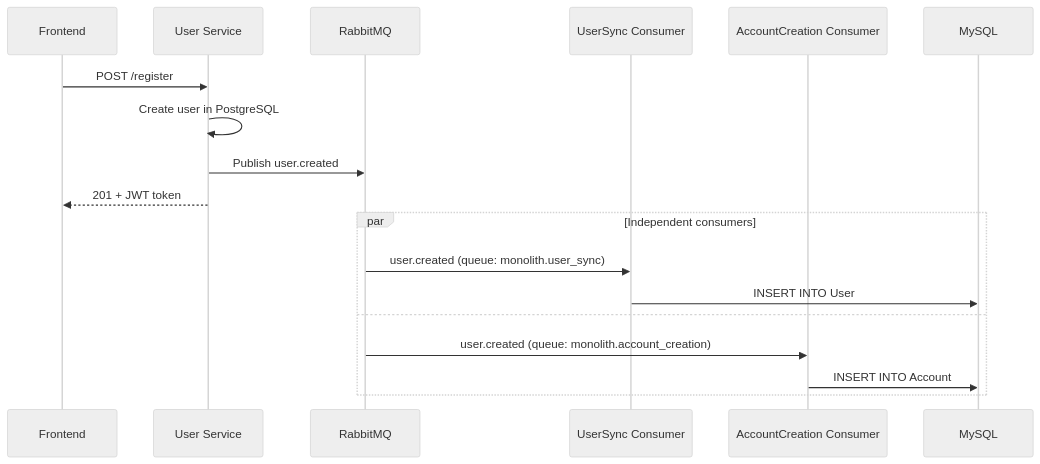
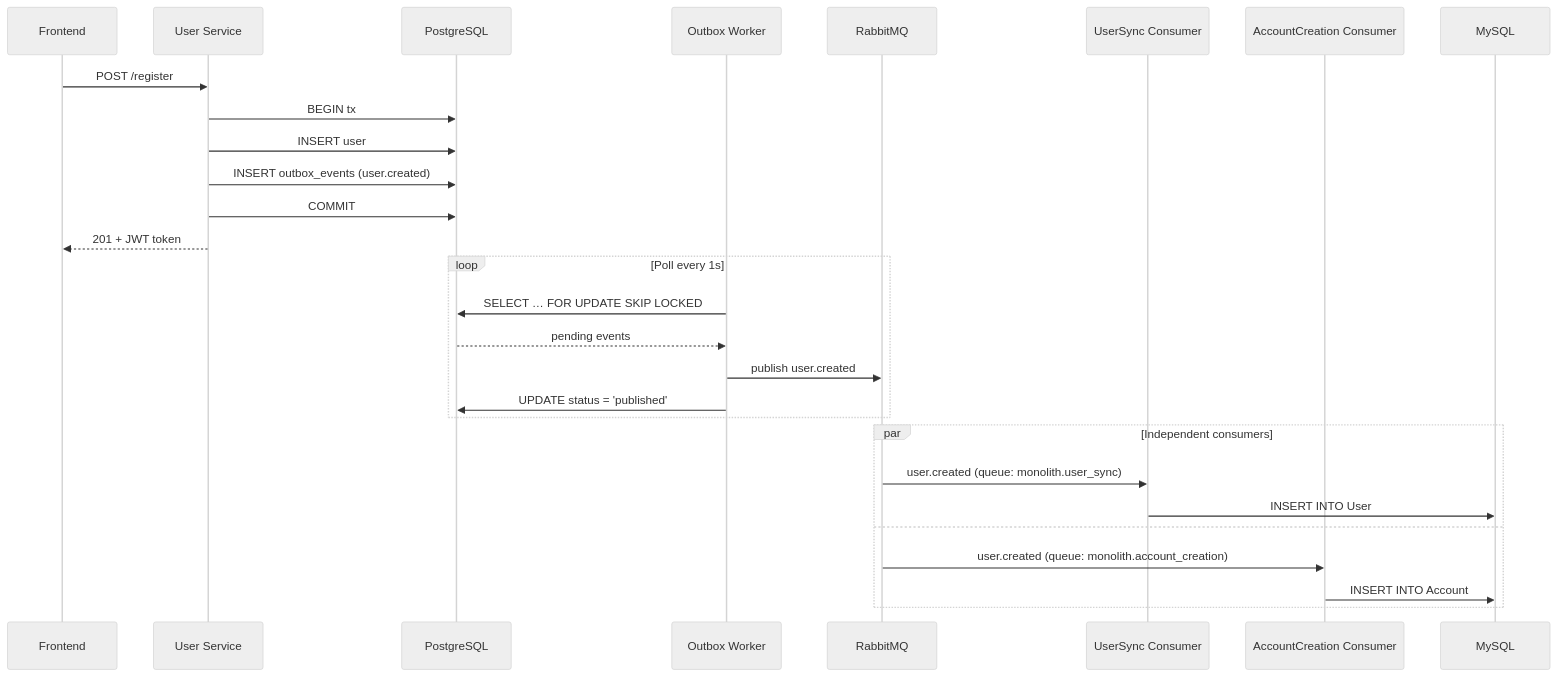
The third of 3 diagrams in README.md (Jothom2912/Finance-Tracker), drawn with Mermaid (neutral theme) before and after one commit. The commit also changed other lines of this file and 31 other files, not shown here.

````diff
--- a/README.md
+++ b/README.md
@@ -295,22 +305,33 @@
 ```mermaid
 sequenceDiagram
     participant FE as Frontend
     participant US as User Service
+    participant PG as PostgreSQL
+    participant OW as Outbox Worker
     participant RMQ as RabbitMQ
     participant USC as UserSync Consumer
     participant ACC as AccountCreation Consumer
     participant MYSQL as MySQL
 
     FE->>US: POST /register
-    US->>US: Create user in PostgreSQL
-    US->>RMQ: Publish user.created
+    US->>PG: BEGIN tx
+    US->>PG: INSERT user
+    US->>PG: INSERT outbox_events (user.created)
+    US->>PG: COMMIT
     US-->>FE: 201 + JWT token
+
+    loop Poll every 1s
+        OW->>PG: SELECT … FOR UPDATE SKIP LOCKED
+        PG-->>OW: pending events
+        OW->>RMQ: publish user.created
+        OW->>PG: UPDATE status = 'published'
+    end
 
     par Independent consumers
         RMQ->>USC: user.created (queue: monolith.user_sync)
         USC->>MYSQL: INSERT INTO User
     and
         RMQ->>ACC: user.created (queue: monolith.account_creation)
         ACC->>MYSQL: INSERT INTO Account
     end
 ```
````
